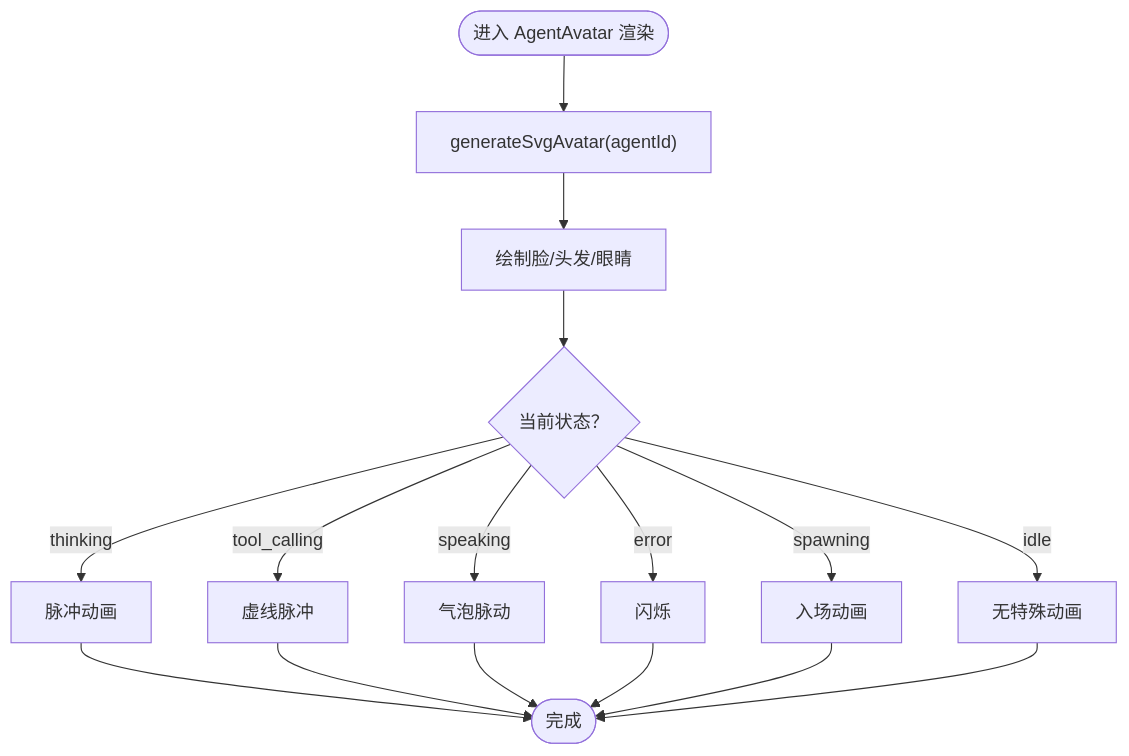
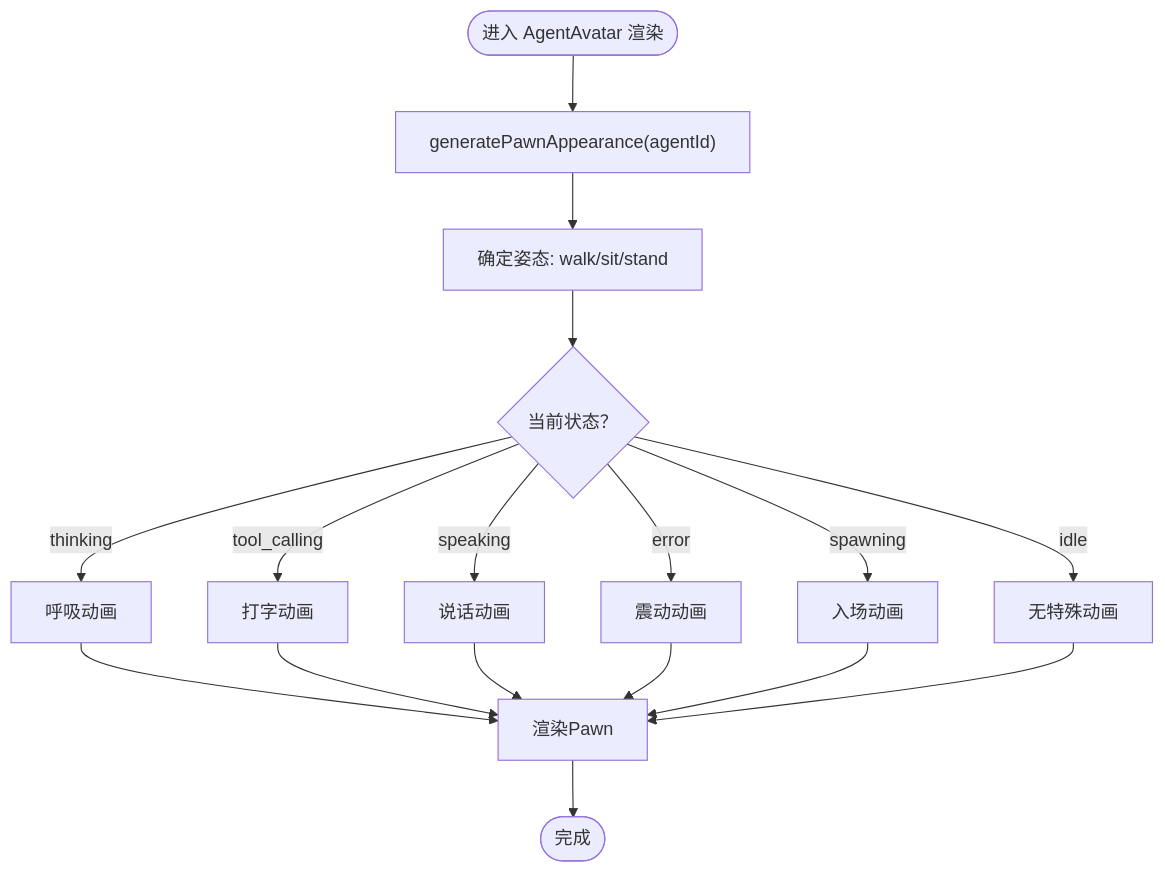
One commit to WW-AI-Lab/openclaw-office changed the third of 9 diagrams in .qoder/repowiki/zh/content/虚拟办公室系统/虚拟办公室系统.md. Above: the diagram before and after it, drawn with Mermaid. The commit also changed other lines of this file and 15 other files, not shown here.

````diff
--- a/.qoder/repowiki/zh/content/虚拟办公室系统/虚拟办公室系统.md
+++ b/.qoder/repowiki/zh/content/虚拟办公室系统/虚拟办公室系统.md
@@ -163,18 +192,19 @@
 ```mermaid
 flowchart TD
-Start(["进入 AgentAvatar 渲染"]) --> Gen["generateSvgAvatar(agentId)"]
-Gen --> DrawFace["绘制脸/头发/眼睛"]
-DrawFace --> Status{"当前状态？"}
-Status --> |thinking| Pulse["脉冲动画"]
-Status --> |tool_calling| DashPulse["虚线脉冲"]
-Status --> |speaking| Bubble["气泡脉动"]
-Status --> |error| Blink["闪烁"]
-Status --> |spawning| Spawn["入场动画"]
-Status --> |idle| None["无特殊动画"]
-Pulse --> End(["完成"])
-DashPulse --> End
-Bubble --> End
-Blink --> End
-Spawn --> End
-None --> End
+Start(["进入 AgentAvatar 渲染"]) --> Gen["generatePawnAppearance(agentId)"]
+Gen --> Pose["确定姿态: walk/sit/stand"]
+Pose --> Motion{"当前状态？"}
+Motion --> |thinking| Breathe["呼吸动画"]
+Motion --> |tool_calling| Type["打字动画"]
+Motion --> |speaking| Talk["说话动画"]
+Motion --> |error| Shake["震动动画"]
+Motion --> |spawning| Spawn["入场动画"]
+Motion --> |idle| Idle["无特殊动画"]
+Breathe --> Render["渲染Pawn"]
+Type --> Render
+Talk --> Render
+Shake --> Render
+Spawn --> Render
+Idle --> Render
+Render --> End(["完成"])
 ```
````
